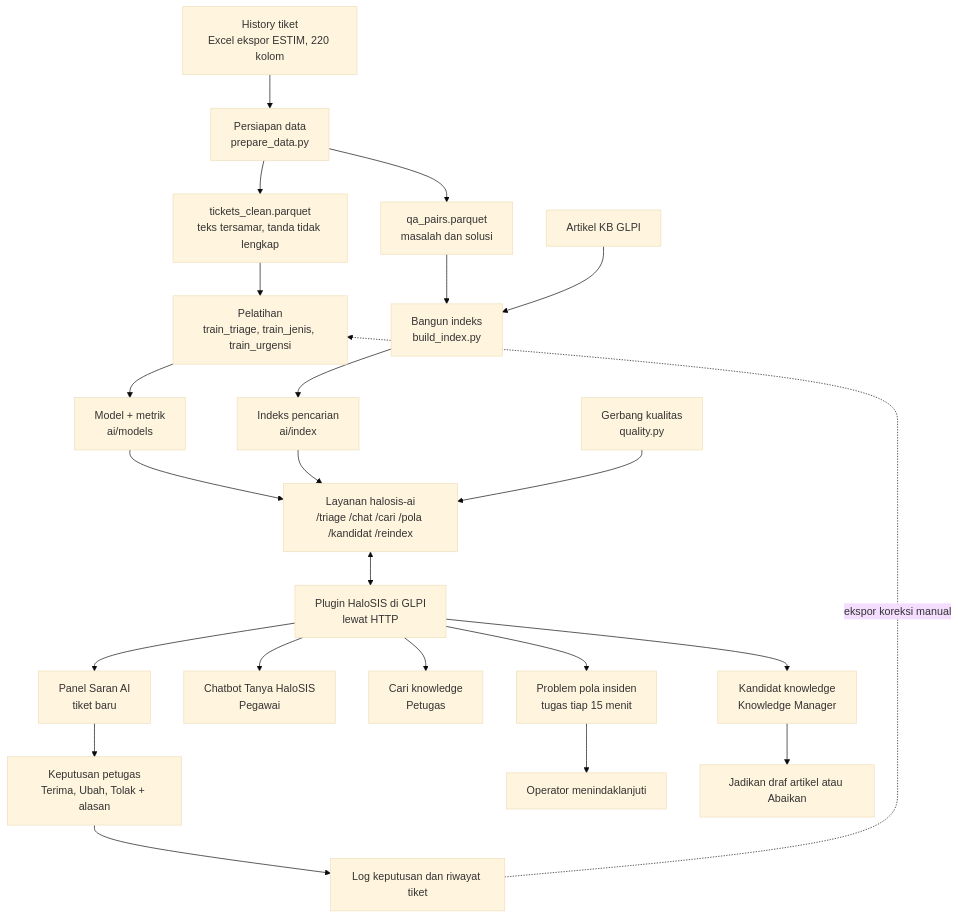
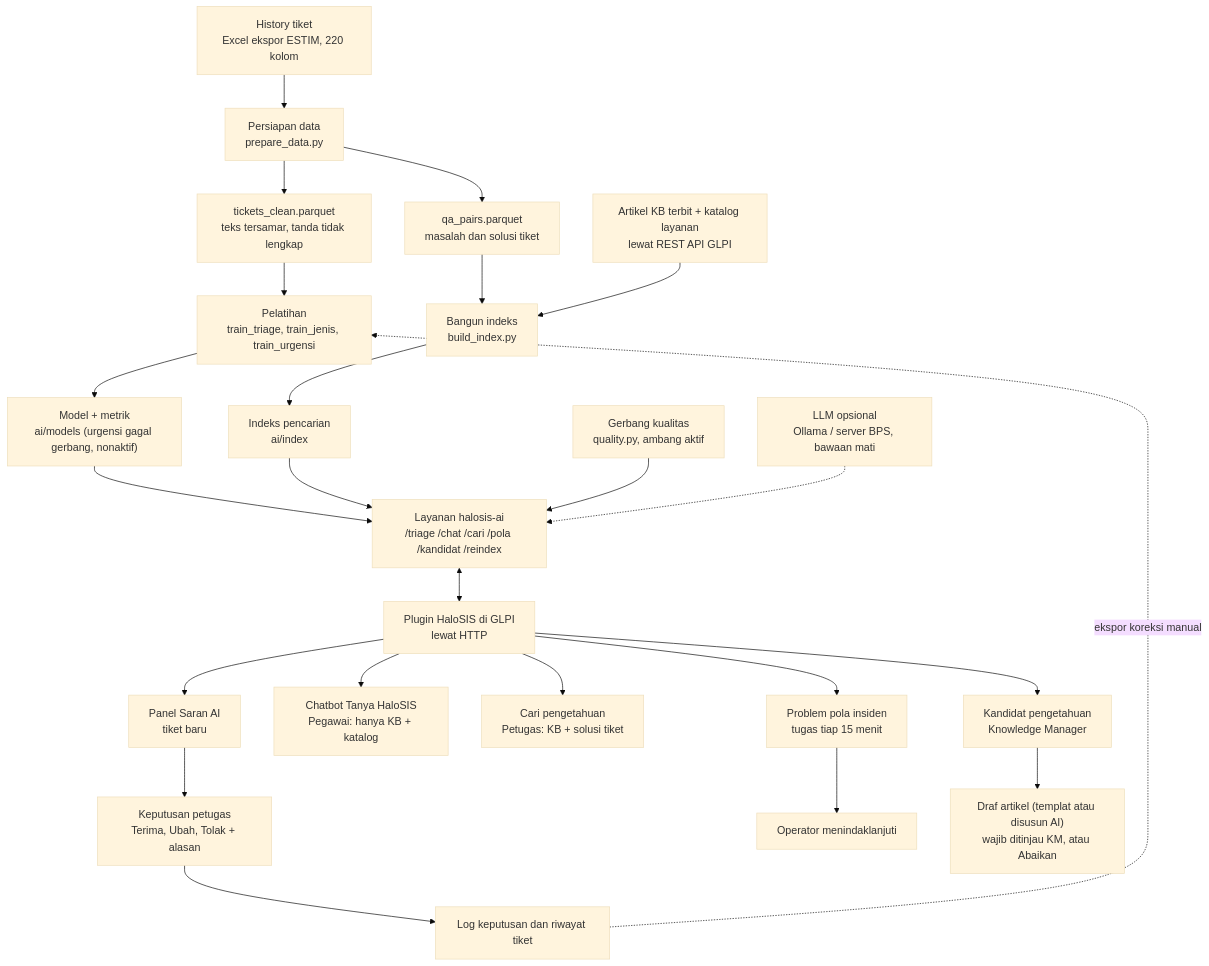
Before and after one commit to dianekapr/glpi-halosis: the diagram in reports/dokumentasi_ai.md, drawn with Mermaid (base theme). The commit also changed 3 other files, not shown here.

````diff
--- a/reports/dokumentasi_ai.md
+++ b/reports/dokumentasi_ai.md
@@ -28,29 +28,30 @@
 ```mermaid
 flowchart TD
     A["History tiket<br/>Excel ekspor ESTIM, 220 kolom"] --> B["Persiapan data<br/>prepare_data.py"]
     B --> C["tickets_clean.parquet<br/>teks tersamar, tanda tidak lengkap"]
-    B --> D["qa_pairs.parquet<br/>masalah dan solusi"]
+    B --> D["qa_pairs.parquet<br/>masalah dan solusi tiket"]
 
     C --> E["Pelatihan<br/>train_triage, train_jenis, train_urgensi"]
-    E --> F["Model + metrik<br/>ai/models"]
+    E --> F["Model + metrik<br/>ai/models (urgensi gagal gerbang, nonaktif)"]
     D --> G["Bangun indeks<br/>build_index.py"]
-    KB["Artikel KB GLPI"] --> G
+    KB["Artikel KB terbit + katalog layanan<br/>lewat REST API GLPI"] --> G
     G --> H["Indeks pencarian<br/>ai/index"]
 
     F --> I["Layanan halosis-ai<br/>/triage /chat /cari /pola /kandidat /reindex"]
     H --> I
-    Q["Gerbang kualitas<br/>quality.py"] --> I
+    Q["Gerbang kualitas<br/>quality.py, ambang aktif"] --> I
+    LLM["LLM opsional<br/>Ollama / server BPS, bawaan mati"] -.-> I
 
     I <--> J["Plugin HaloSIS di GLPI<br/>lewat HTTP"]
     J --> K["Panel Saran AI<br/>tiket baru"]
-    J --> L["Chatbot Tanya HaloSIS<br/>Pegawai"]
-    J --> M["Cari knowledge<br/>Petugas"]
+    J --> L["Chatbot Tanya HaloSIS<br/>Pegawai: hanya KB + katalog"]
+    J --> M["Cari pengetahuan<br/>Petugas: KB + solusi tiket"]
     J --> N["Problem pola insiden<br/>tugas tiap 15 menit"]
-    J --> O["Kandidat knowledge<br/>Knowledge Manager"]
+    J --> O["Kandidat pengetahuan<br/>Knowledge Manager"]
 
     K --> P["Keputusan petugas<br/>Terima, Ubah, Tolak + alasan"]
     N --> P2["Operator menindaklanjuti"]
-    O --> P3["Jadikan draf artikel atau Abaikan"]
+    O --> P3["Draf artikel (templat atau disusun AI)<br/>wajib ditinjau KM, atau Abaikan"]
     P --> R["Log keputusan dan riwayat tiket"]
     R -. "ekspor koreksi manual" .-> E
 ```
````
